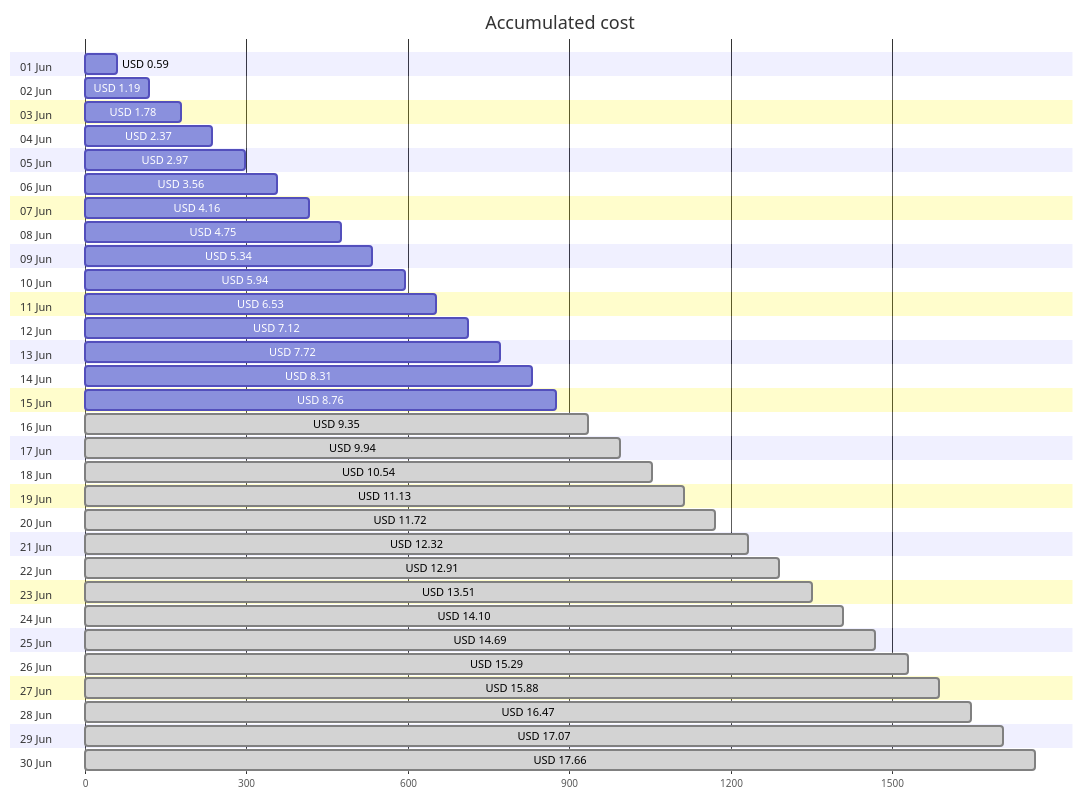
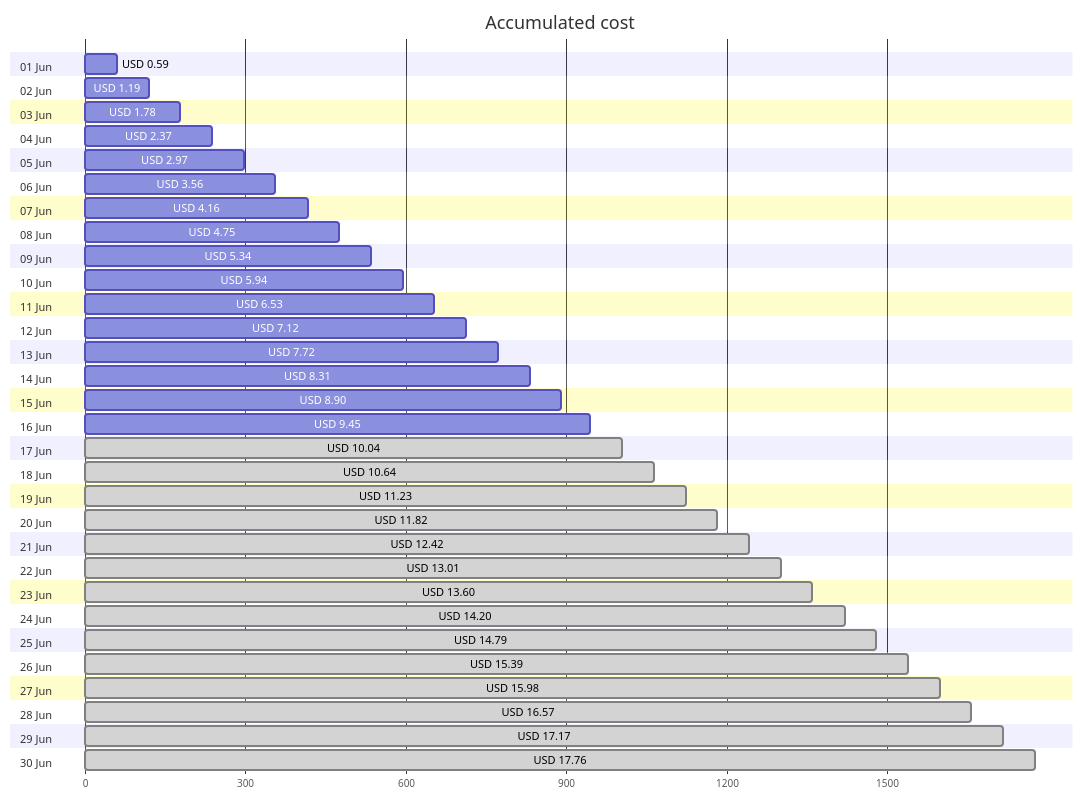
The first of 4 diagrams in cost-reports/personal-site/README.md (jpfulton/azure-personal-reports), drawn with Mermaid before and after one commit. The commit also changed other lines of this file and 6 other files, not shown here.

````diff
--- a/cost-reports/personal-site/README.md
+++ b/cost-reports/personal-site/README.md
@@ -20,66 +20,66 @@
 ```mermaid
 gantt
    title Accumulated cost
    dateFormat  X
    axisFormat %s
    section 01 Jun
    USD 0.59 :0, 59
    section 02 Jun
    USD 1.19 :0, 119
    section 03 Jun
    USD 1.78 :0, 178
    section 04 Jun
    USD 2.37 :0, 237
    section 05 Jun
    USD 2.97 :0, 297
    section 06 Jun
    USD 3.56 :0, 356
    section 07 Jun
    USD 4.16 :0, 416
    section 08 Jun
    USD 4.75 :0, 475
    section 09 Jun
    USD 5.34 :0, 534
    section 10 Jun
    USD 5.94 :0, 594
    section 11 Jun
    USD 6.53 :0, 653
    section 12 Jun
    USD 7.12 :0, 712
    section 13 Jun
    USD 7.72 :0, 772
    section 14 Jun
    USD 8.31 :0, 831
    section 15 Jun
-   USD 8.76 :0, 876
+   USD 8.90 :0, 890
    section 16 Jun
-   USD 9.35 : done, 0, 935
+   USD 9.45 :0, 945
    section 17 Jun
-   USD 9.94 : done, 0, 994
+   USD 10.04 : done, 0, 1004
    section 18 Jun
-   USD 10.54 : done, 0, 1054
+   USD 10.64 : done, 0, 1064
    section 19 Jun
-   USD 11.13 : done, 0, 1113
+   USD 11.23 : done, 0, 1123
    section 20 Jun
-   USD 11.72 : done, 0, 1172
+   USD 11.82 : done, 0, 1182
    section 21 Jun
-   USD 12.32 : done, 0, 1232
+   USD 12.42 : done, 0, 1242
    section 22 Jun
-   USD 12.91 : done, 0, 1291
+   USD 13.01 : done, 0, 1301
    section 23 Jun
-   USD 13.51 : done, 0, 1351
+   USD 13.60 : done, 0, 1360
    section 24 Jun
-   USD 14.10 : done, 0, 1410
+   USD 14.20 : done, 0, 1420
    section 25 Jun
-   USD 14.69 : done, 0, 1469
+   USD 14.79 : done, 0, 1479
    section 26 Jun
-   USD 15.29 : done, 0, 1529
+   USD 15.39 : done, 0, 1539
    section 27 Jun
-   USD 15.88 : done, 0, 1588
+   USD 15.98 : done, 0, 1598
    section 28 Jun
-   USD 16.47 : done, 0, 1647
+   USD 16.57 : done, 0, 1657
    section 29 Jun
-   USD 17.07 : done, 0, 1707
+   USD 17.17 : done, 0, 1717
    section 30 Jun
-   USD 17.66 : done, 0, 1766
+   USD 17.76 : done, 0, 1776
 ```
````
